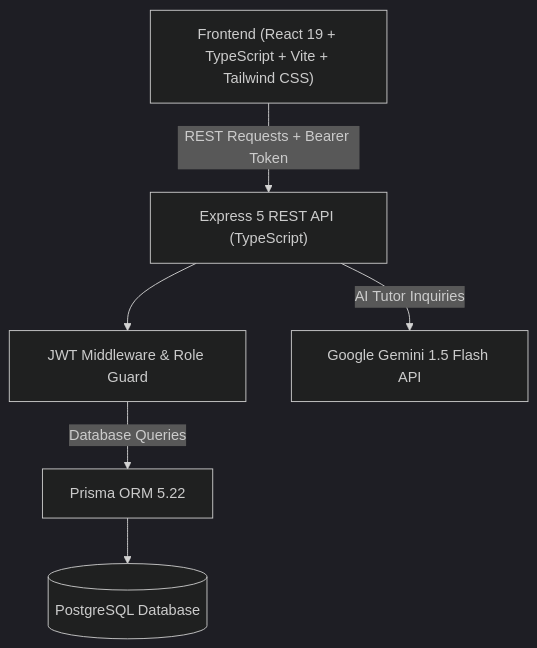
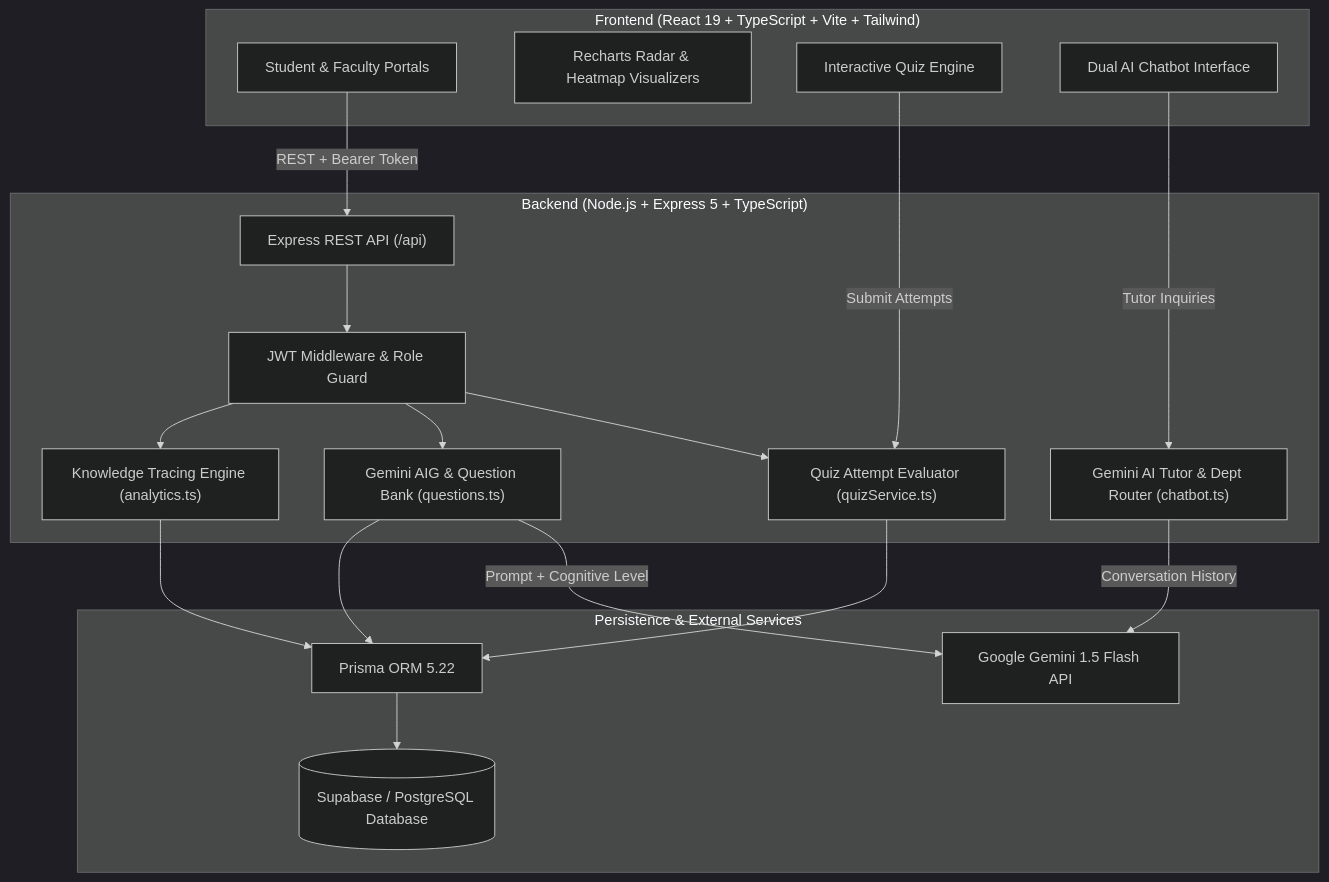
The first of 2 diagrams in README.md (chaman284/Acadexa), drawn with Mermaid (dark theme) before and after one commit. The commit also changed other lines of this file and 4 other files, not shown here.

Commit message:
feat(quiz): wire QuizScreen attempt submission with live Knowledge Tracing analytics and update README

````diff
--- a/README.md
+++ b/README.md
@@ -59,15 +94,41 @@
 ```mermaid
 graph TD
-    Client["Frontend (React 19 + TypeScript + Vite + Tailwind CSS)"]
-    API["Express 5 REST API (TypeScript)"]
-    Auth["JWT Middleware & Role Guard"]
-    Prisma["Prisma ORM 5.22"]
-    DB[(PostgreSQL Database)]
-    Gemini["Google Gemini 1.5 Flash API"]
+    subgraph Client["Frontend (React 19 + TypeScript + Vite + Tailwind)"]
+        UI["Student & Faculty Portals"]
+        Radar["Recharts Radar & Heatmap Visualizers"]
+        QuizUI["Interactive Quiz Engine"]
+        ChatUI["Dual AI Chatbot Interface"]
+    end
 
-    Client -->|REST Requests + Bearer Token| API
-    API --> Auth
-    Auth -->|Database Queries| Prisma
+    subgraph Server["Backend (Node.js + Express 5 + TypeScript)"]
+        API["Express REST API (/api)"]
+        AuthMid["JWT Middleware & Role Guard"]
+        KTService["Knowledge Tracing Engine (analytics.ts)"]
+        QuizService["Quiz Attempt Evaluator (quizService.ts)"]
+        AIGService["Gemini AIG & Question Bank (questions.ts)"]
+        ChatbotService["Gemini AI Tutor & Dept Router (chatbot.ts)"]
+    end
+
+    subgraph DataLayer["Persistence & External Services"]
+        Prisma["Prisma ORM 5.22"]
+        DB[(Supabase / PostgreSQL Database)]
+        GeminiAPI["Google Gemini 1.5 Flash API"]
+    end
+
+    UI -->|REST + Bearer Token| API
+    QuizUI -->|Submit Attempts| QuizService
+    ChatUI -->|Tutor Inquiries| ChatbotService
+    
+    API --> AuthMid
+    AuthMid --> KTService
+    AuthMid --> AIGService
+    AuthMid --> QuizService
+    
+    KTService --> Prisma
+    AIGService --> Prisma
+    QuizService --> Prisma
+    
     Prisma --> DB
-    API -->|AI Tutor Inquiries| Gemini
+    AIGService -->|Prompt + Cognitive Level| GeminiAPI
+    ChatbotService -->|Conversation History| GeminiAPI
 ```
````
